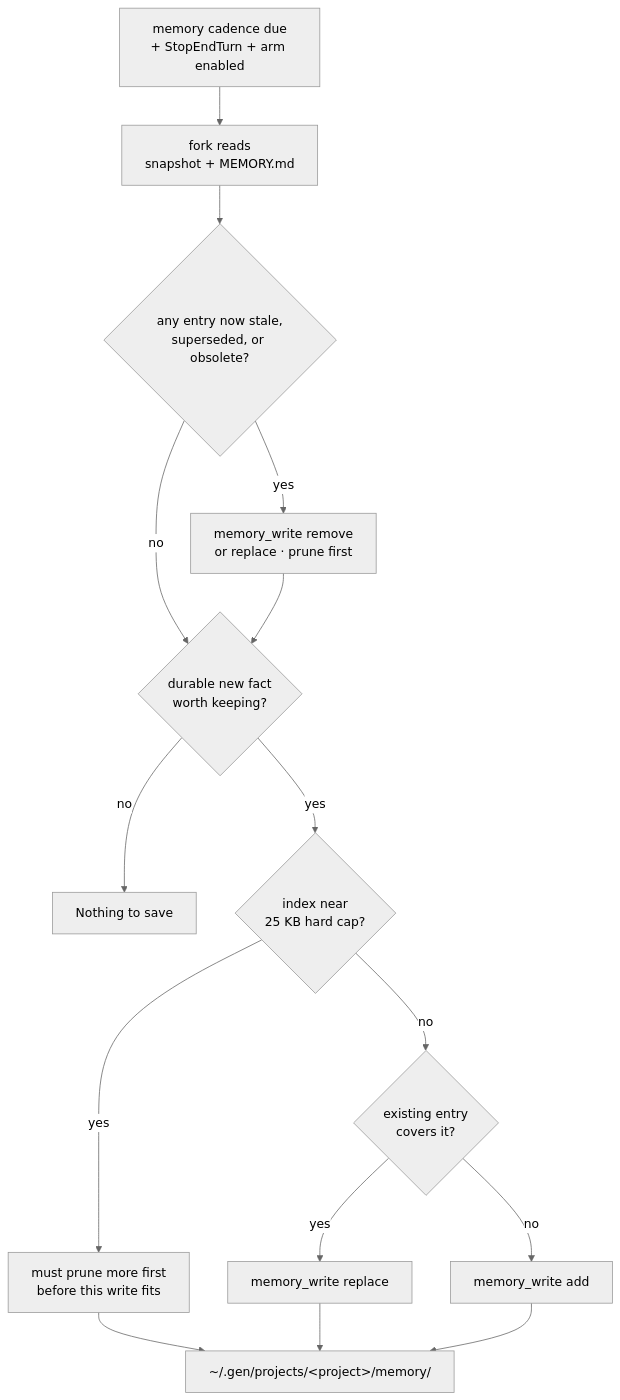
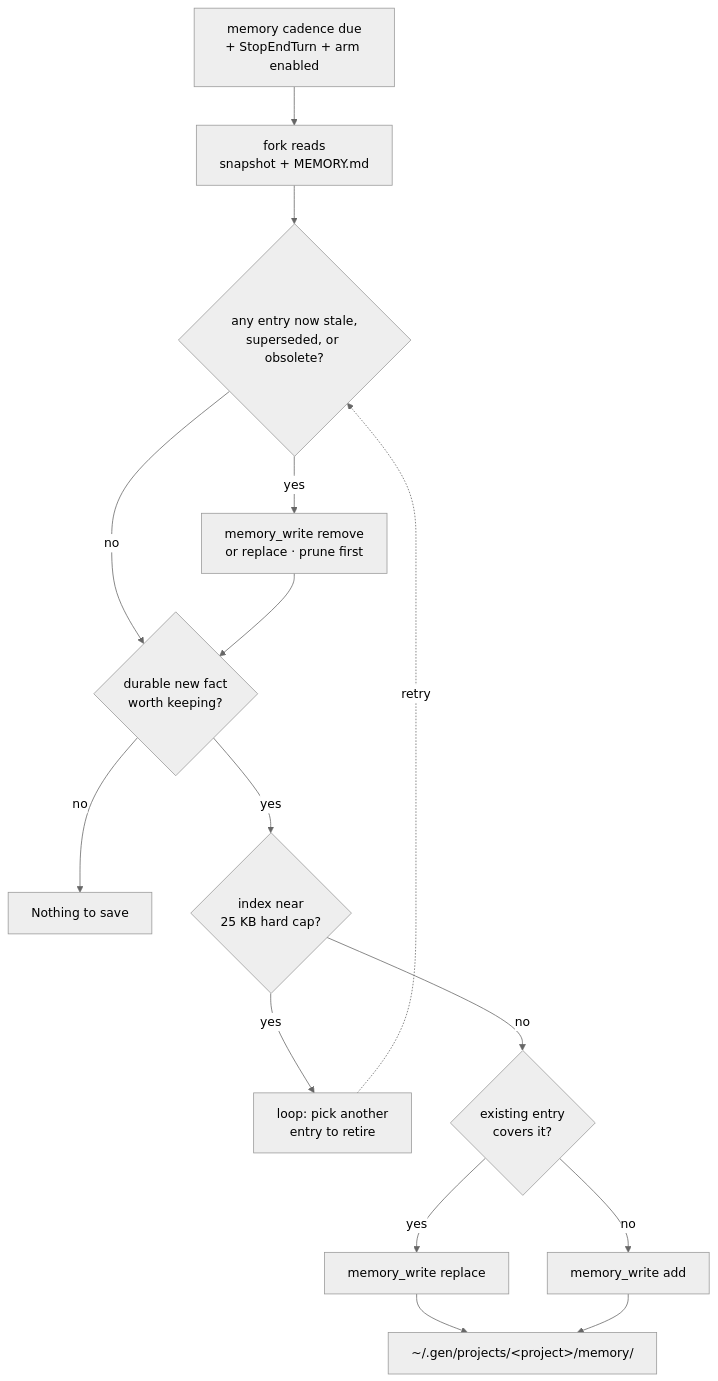
One commit to genai-io/san changed the third of 6 diagrams in notes/active/l1-background-review.md. Above: the diagram before and after it, drawn with Mermaid (neutral theme). The commit also changed other lines of this file, not shown here.

````diff
--- a/notes/active/l1-background-review.md
+++ b/notes/active/l1-background-review.md
@@ -159,17 +161,17 @@
 ```mermaid
 flowchart TD
     A[memory cadence due<br/>+ StopEndTurn + arm enabled] --> B[fork reads<br/>snapshot + MEMORY.md]
     B --> S{any entry now stale,<br/>superseded, or obsolete?}
     S -- yes --> R0[memory_write remove<br/>or replace · prune first]
     S -- no --> C
     R0 --> C{durable new fact<br/>worth keeping?}
     C -- no --> Z[Nothing to save]
     C -- yes --> H{index near<br/>25 KB hard cap?}
-    H -- yes --> P1[must prune more first<br/>before this write fits]
+    H -- yes --> P1[loop: pick another<br/>entry to retire]
     H -- no --> D{existing entry<br/>covers it?}
     D -- yes --> R1[memory_write replace]
     D -- no --> N[memory_write add]
-    P1 --> ALL[~/.gen/projects/&lt;project&gt;/memory/]
-    R1 --> ALL
+    P1 -. retry .-> S
+    R1 --> ALL[~/.gen/projects/&lt;project&gt;/memory/]
     N --> ALL
 ```
````
